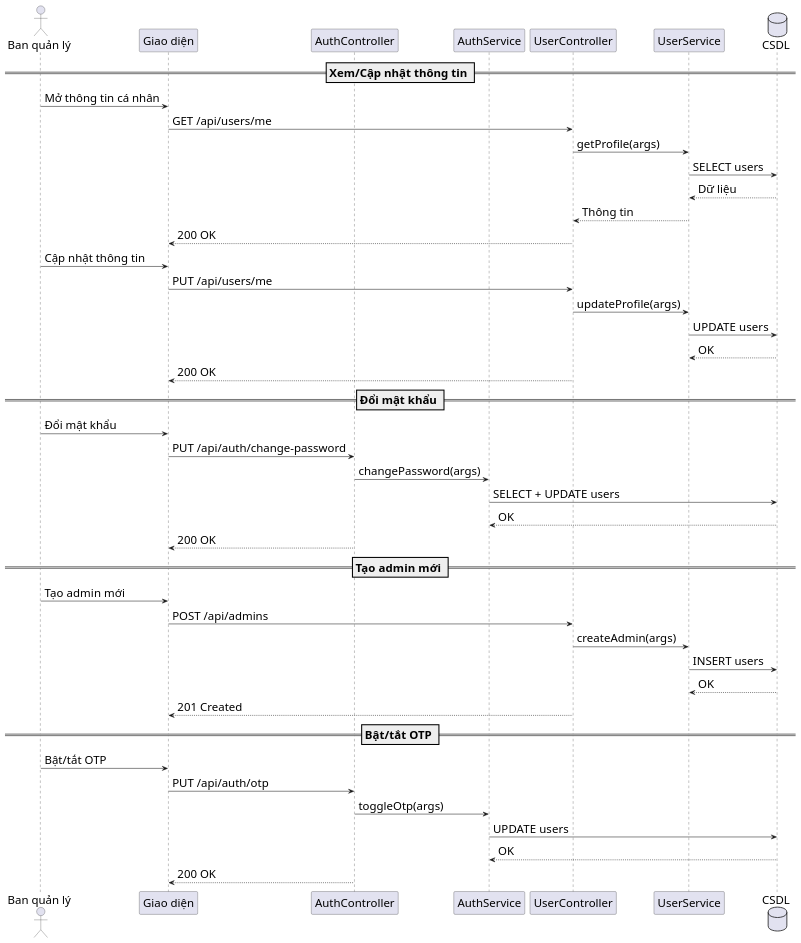
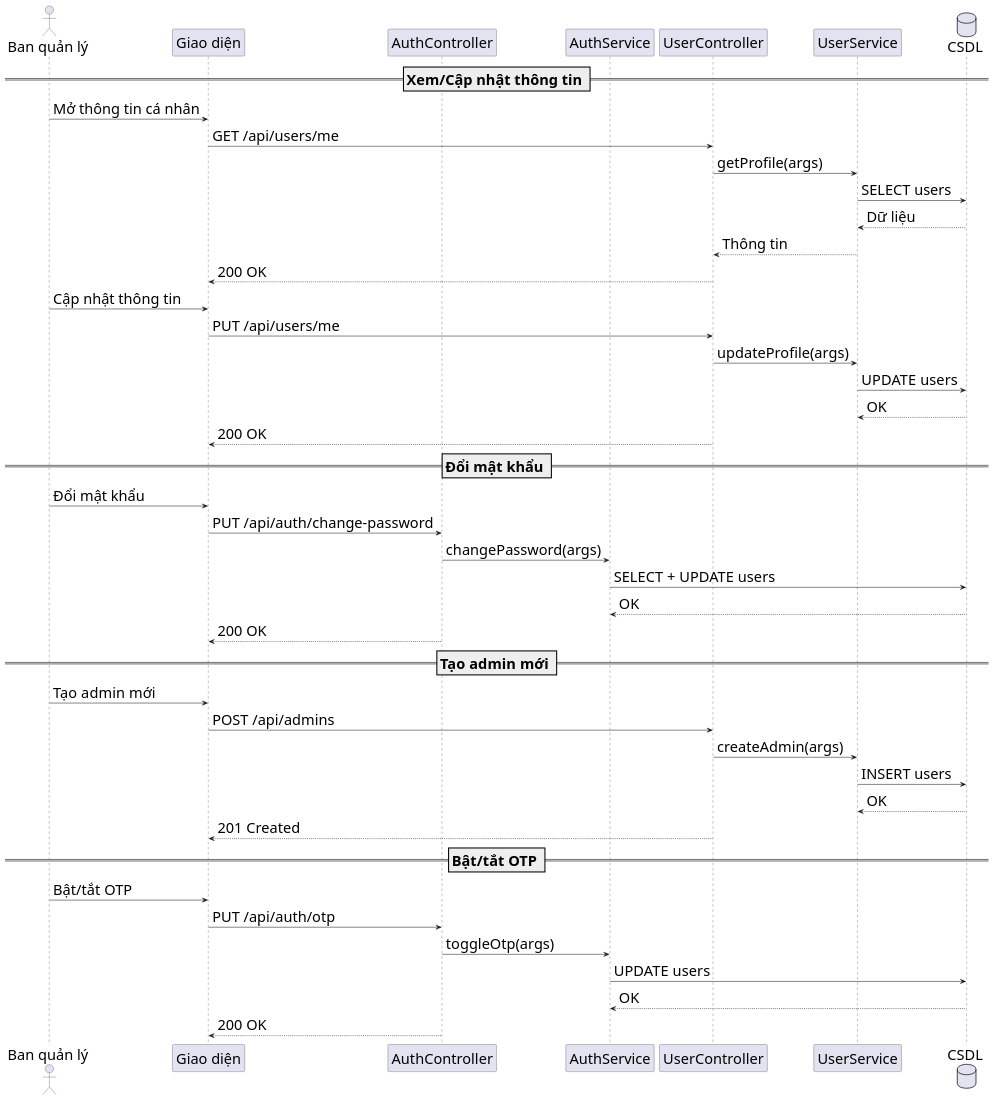
Before and after one commit to s0nbuildtech287/dormitory-frontend: the diagram in diagrams/nhomtaikhoan/account_admin_sequence.puml, drawn with PlantUML. The commit also changed 5 other files, not shown here.

```diff
--- a/diagrams/nhomtaikhoan/account_admin_sequence.puml
+++ b/diagrams/nhomtaikhoan/account_admin_sequence.puml
@@ -1,52 +1,52 @@
 @startuml "Admin Account Management Sequence"
-skinparam defaultFontSize 22
+skinparam defaultFontSize 28
 skinparam defaultFontName "Times New Roman"
-skinparam sequenceMessageSize 22
+skinparam sequenceMessageSize 28
 actor "Ban quản lý" as Admin
 participant "Giao diện" as FE
 participant "AuthController" as AuthC
 participant "AuthService" as AuthS
 participant "UserController" as UserC
 participant "UserService" as UserS
 database "CSDL" as DB
 
 == Xem/Cập nhật thông tin ==
 Admin -> FE: Mở thông tin cá nhân
 FE -> UserC: GET /api/users/me
 UserC -> UserS: getProfile(args)
 UserS -> DB: SELECT users
 DB --> UserS: Dữ liệu
 UserS --> UserC: Thông tin
 UserC --> FE: 200 OK
 
 Admin -> FE: Cập nhật thông tin
 FE -> UserC: PUT /api/users/me
 UserC -> UserS: updateProfile(args)
 UserS -> DB: UPDATE users
 DB --> UserS: OK
 UserC --> FE: 200 OK
 
 == Đổi mật khẩu ==
 Admin -> FE: Đổi mật khẩu
 FE -> AuthC: PUT /api/auth/change-password
 AuthC -> AuthS: changePassword(args)
 AuthS -> DB: SELECT + UPDATE users
 DB --> AuthS: OK
 AuthC --> FE: 200 OK
 
 == Tạo admin mới ==
 Admin -> FE: Tạo admin mới
 FE -> UserC: POST /api/admins
 UserC -> UserS: createAdmin(args)
 UserS -> DB: INSERT users
 DB --> UserS: OK
 UserC --> FE: 201 Created
 
 == Bật/tắt OTP ==
 Admin -> FE: Bật/tắt OTP
 FE -> AuthC: PUT /api/auth/otp
 AuthC -> AuthS: toggleOtp(args)
 AuthS -> DB: UPDATE users
 DB --> AuthS: OK
 AuthC --> FE: 200 OK
 @enduml
```
